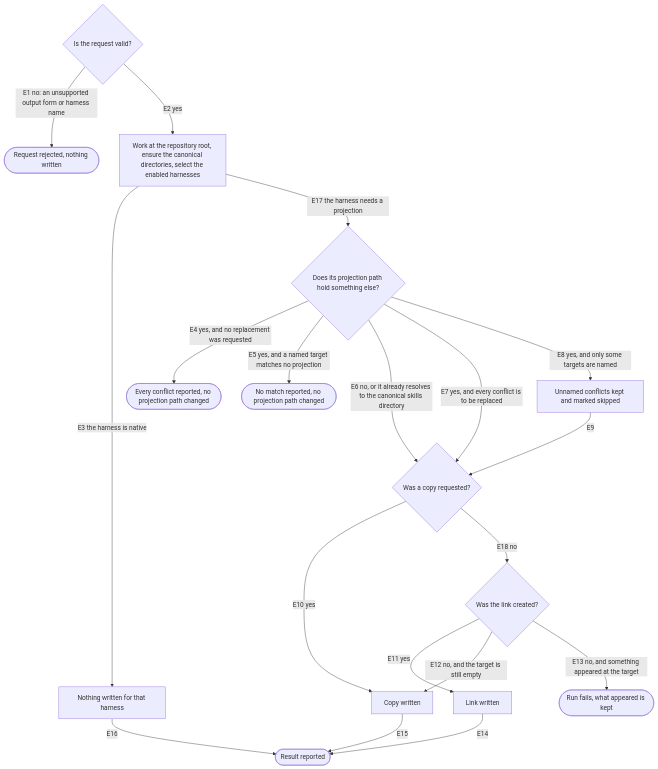
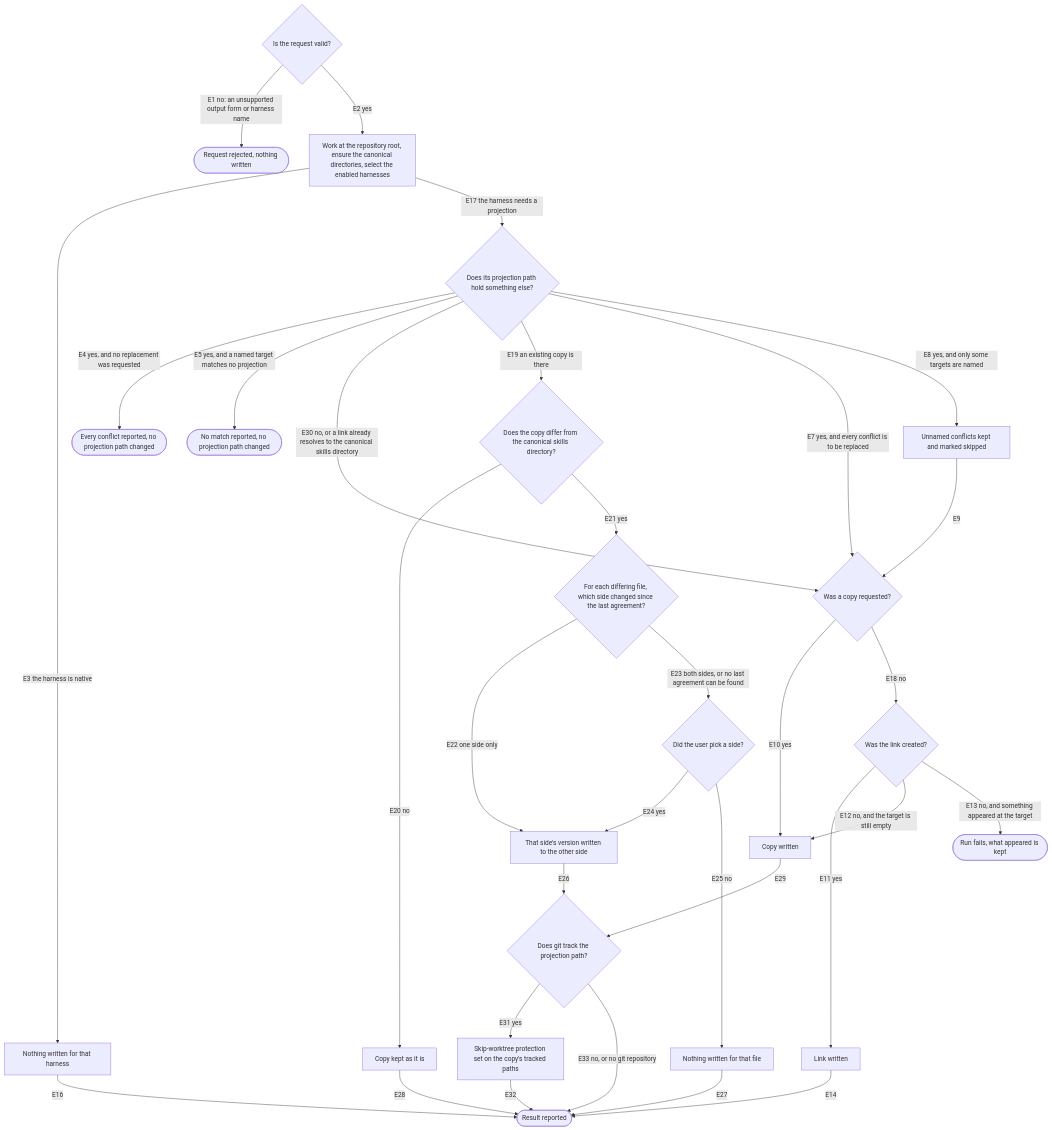
The diagram in packages/buddy-agent-harness/.agents/spec/harness-init/graph.md (repobuddy/buddy-agent-harness), drawn with Mermaid before and after one commit. The commit also changed other lines of this file and 7 other files, not shown here.

First line of the commit message:
docs(spec): sync a drifted skills copy instead of refusing it

````diff
--- a/packages/buddy-agent-harness/.agents/spec/harness-init/graph.md
+++ b/packages/buddy-agent-harness/.agents/spec/harness-init/graph.md
@@ -6,22 +6,35 @@
 ```mermaid
 flowchart TD
   request{Is the request valid?}
   request -->|E1 no: an unsupported output form or harness name| rejected([Request rejected, nothing written])
   request -->|E2 yes| scaffold[Work at the repository root, ensure the canonical directories, select the enabled harnesses]
   scaffold -->|E3 the harness is native| native[Nothing written for that harness]
   scaffold -->|E17 the harness needs a projection| conflicts{Does its projection path hold something else?}
   conflicts -->|E4 yes, and no replacement was requested| reported([Every conflict reported, no projection path changed])
   conflicts -->|E5 yes, and a named target matches no projection| nomatch([No match reported, no projection path changed])
-  conflicts -->|E6 no, or it already resolves to the canonical skills directory| copy
+  conflicts -->|E30 no, or a link already resolves to the canonical skills directory| copy
+  conflicts -->|E19 an existing copy is there| drift{Does the copy differ from the canonical skills directory?}
   conflicts -->|E7 yes, and every conflict is to be replaced| copy
   conflicts -->|E8 yes, and only some targets are named| skipped[Unnamed conflicts kept and marked skipped]
   skipped -->|E9| copy{Was a copy requested?}
   copy -->|E10 yes| copied[Copy written]
   copy -->|E18 no| link{Was the link created?}
   link -->|E11 yes| linked[Link written]
   link -->|E12 no, and the target is still empty| copied
   link -->|E13 no, and something appeared at the target| failed([Run fails, what appeared is kept])
   linked -->|E14| result([Result reported])
-  copied -->|E15| result
+  copied -->|E29| tracked{Does git track the projection path?}
+  drift -->|E20 no| kept[Copy kept as it is]
+  kept -->|E28| result
+  drift -->|E21 yes| sync{For each differing file, which side changed since the last agreement?}
+  sync -->|E22 one side only| synced[That side's version written to the other side]
+  sync -->|E23 both sides, or no last agreement can be found| ask{Did the user pick a side?}
+  ask -->|E24 yes| synced
+  ask -->|E25 no| left[Nothing written for that file]
+  synced -->|E26| tracked
+  left -->|E27| result
+  tracked -->|E31 yes| protected[Skip-worktree protection set on the copy's tracked paths]
+  tracked -->|E33 no, or no git repository| result
+  protected -->|E32| result
   native -->|E16| result
 ```
````
